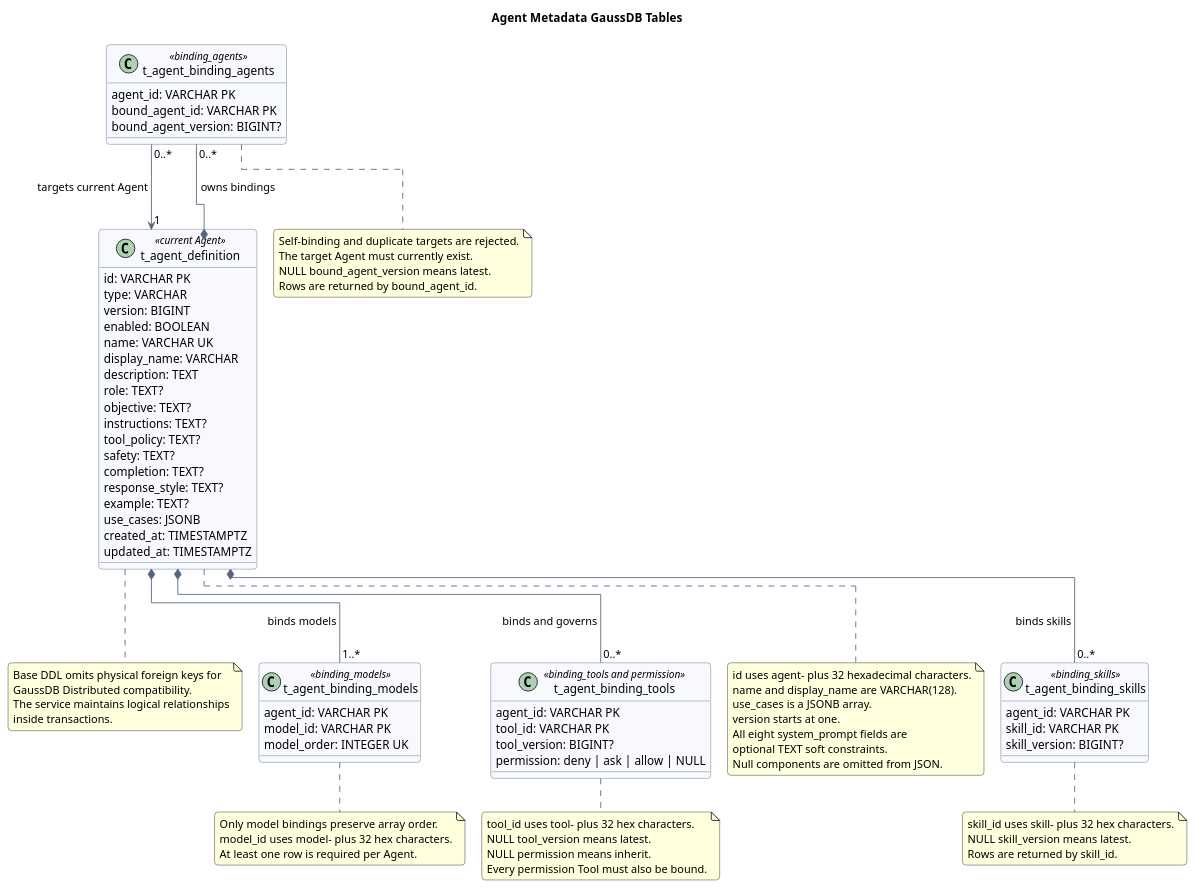
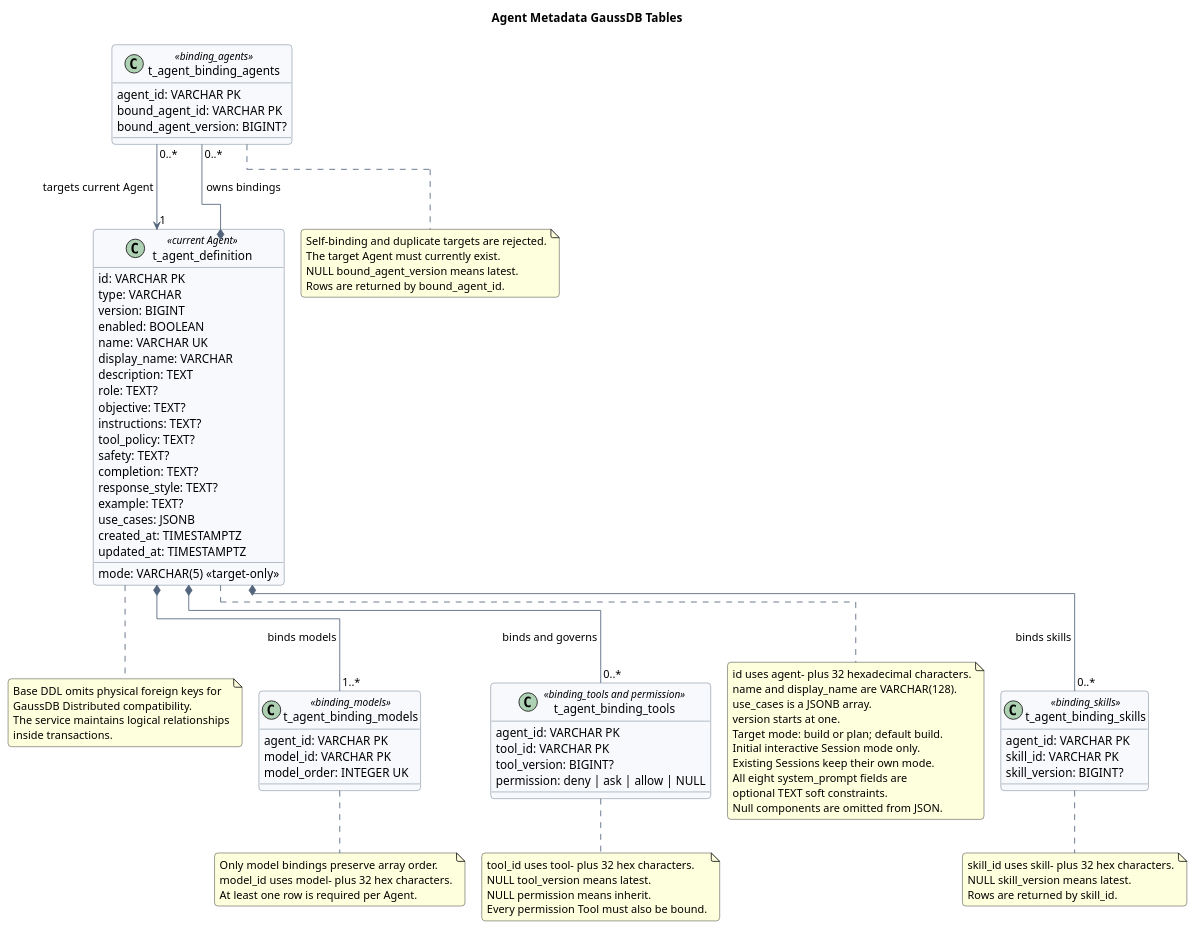
The first of 2 diagrams in 03-数据与存储/02-Agent元数据GaussDB/diagram.puml (ssm0808/pi-mono-java-design), drawn with PlantUML before and after one commit. The commit also changed other lines of this file and 33 other files, not shown here.

```diff
--- a/03-数据与存储/02-Agent元数据GaussDB/diagram.puml
+++ b/03-数据与存储/02-Agent元数据GaussDB/diagram.puml
@@ -6,168 +6,172 @@
 @startuml agent_metadata_gaussdb_model
 !pragma layout elk
 title Agent Metadata GaussDB Tables
 top to bottom direction
 
 skinparam backgroundColor #FFFFFF
 skinparam shadowing false
 skinparam roundcorner 8
 skinparam nodesep 45
 skinparam ranksep 50
 skinparam ArrowColor #53657D
 skinparam ClassBorderColor #53657D
 skinparam ClassBackgroundColor #F7F9FC
 skinparam classAttributeIconSize 0
 
 ' Source evidence:
 ' - AGENT metadata JSON lines 2-53 define root fields and four binding arrays.
 ' - binding_models is at line 11; binding_agents is at lines 37-42.
 ' - TOOL metadata JSON line 8 defines is_concurrency_safe.
 ' - mate-service baseline path and symbols:
 '   src/main/java/com/huawei/hicampus/mate/agentdefinition/service/impl/AgentDefinitionServiceImpl.java
 '   AgentDefinitionServiceImpl.listAgents, getAgent, and updateAgent.
 '   src/main/java/com/huawei/hicampus/mate/agentdefinition/exception/AgentErrorCode.java
 '   AgentErrorCode specific localized error codes.
 '   src/main/java/com/huawei/hicampus/mate/agentdefinition/controller/ApiExceptionHandler.java
 '   ApiExceptionHandler locale-aware error response mapping.
 '   src/main/java/com/huawei/hicampus/mate/agentdefinition/controller/AgentDefinitionController.java
 '   AgentDefinitionController three HTTP endpoint mappings.
 '   src/main/java/com/huawei/hicampus/mate/agentdefinition/vo/ApiSuccessResponseVO.java
 '   ApiSuccessResponseVO success envelope.
 '   src/main/java/com/huawei/hicampus/mate/agentdefinition/vo/AgentInfoResponseVO.java
 '   AgentInfoResponseVO root id response field.
 '   src/main/java/com/huawei/hicampus/mate/agentdefinition/validation/ResourceIdRules.java
 '   ResourceIdRules identifier patterns.
 '   src/main/java/com/huawei/hicampus/mate/agentdefinition/vo/UpdateAgentRequestVO.java
 '   UpdateAgentRequestVO standard Jakarta identifier constraints.
 '   src/main/java/com/huawei/hicampus/mate/agentdefinition/vo/SystemPromptResponseVO.java
 '   AgentDefinitionServiceImpl.toSystemPrompt.
 '   src/test/java/com/huawei/hicampus/mate/agentdefinition/vo/AgentInfoJsonTest.java
 '   AgentInfoJsonTest optional system prompt serialization.
 '   src/main/resources/application.yml
 '   Jackson non-null serialization configuration.
 ' - mate-service baseline DDL: src/main/resources/db/schema.sql.
 ' Observed behavior: Jakarta Pattern validates typed resource ID formats.
 ' Observed behavior: system_prompt columns are nullable TEXT fields.
 ' Observed behavior: Jackson omits null system_prompt component fields.
 ' Observed behavior: only model bindings have write Mapper operations.
 ' Observed behavior: error codes and localization keys use identical names.
 ' Observed behavior: the Controller exposes list, get, and update endpoints.
 ' Observed behavior: successful reads wrap Service results under result.
 ' Observed behavior: successful updates omit the null result field.
 ' Observed behavior: AgentInfo uses root id; nested Agent bindings use agentId.
 ' Observed behavior: each DROP TABLE statement immediately precedes its CREATE.
 ' Design reason: pair each table drop with its create statement to follow the
 ' required deployment-script convention without changing table structure.
 ' Product constraint: all eight system_prompt fields are optional soft guidance.
 ' Product constraint: only binding_models preserves input array order.
 ' Product constraint: Agent IDs use agent- plus a 32-character hexadecimal UUID.
 ' Product constraint: Model, Tool, and Skill IDs use typed prefixes plus UUIDs.
 ' Target-only rule: future Agent binding writes validate current targets but
 ' do not validate pinned history; Runtime reads require an exact current match.
 ' Observed behavior: getRuntimeAgent resolves Tool and Agent bindings by typed
 ' identifier and optional version, then returns flat Tools and Agents.
 ' Observed behavior: Runtime Tools expose ten fields including type and enabled and omit timestamps and schemas.
 ' Observed behavior: bound Runtime Agents expose nine execution fields and
 ' omit timestamps, permissions, and recursive bindings.
 ' Observed behavior: root Runtime Agents expose type but omit timestamps.
 ' Observed behavior: Runtime systemPrompt values are composed strings.
 ' GaussDB divergence: physical foreign keys are optional because GaussDB
 ' Distributed does not support them; the base DDL uses logical relationships.
 ' DDL convention: each DROP TABLE IF EXISTS immediately precedes CREATE TABLE.
 
 class t_agent_definition <<current Agent>> {
   id: VARCHAR PK
   type: VARCHAR
   version: BIGINT
   enabled: BOOLEAN
+  mode: VARCHAR(5) <<target-only>>
   name: VARCHAR UK
   display_name: VARCHAR
   description: TEXT
   role: TEXT?
   objective: TEXT?
   instructions: TEXT?
   tool_policy: TEXT?
   safety: TEXT?
   completion: TEXT?
   response_style: TEXT?
   example: TEXT?
   use_cases: JSONB
   created_at: TIMESTAMPTZ
   updated_at: TIMESTAMPTZ
 }
 
 class t_agent_binding_models <<binding_models>> {
   agent_id: VARCHAR PK
   model_id: VARCHAR PK
   model_order: INTEGER UK
 }
 
 class t_agent_binding_tools <<binding_tools and permission>> {
   agent_id: VARCHAR PK
   tool_id: VARCHAR PK
   tool_version: BIGINT?
   permission: deny | ask | allow | NULL
 }
 
 class t_agent_binding_skills <<binding_skills>> {
   agent_id: VARCHAR PK
   skill_id: VARCHAR PK
   skill_version: BIGINT?
 }
 
 class t_agent_binding_agents <<binding_agents>> {
   agent_id: VARCHAR PK
   bound_agent_id: VARCHAR PK
   bound_agent_version: BIGINT?
 }
 
 t_agent_definition *-- "1..*" t_agent_binding_models : binds models
 t_agent_definition *-- "0..*" t_agent_binding_tools : binds and governs
 t_agent_definition *-- "0..*" t_agent_binding_skills : binds skills
 t_agent_definition *-- "0..*" t_agent_binding_agents : owns bindings
 t_agent_binding_agents "0..*" --> "1" t_agent_definition : targets current Agent
 
 note right of t_agent_definition
 id uses agent- plus 32 hexadecimal characters.
 name and display_name are VARCHAR(128).
 use_cases is a JSONB array.
 version starts at one.
+Target mode: build or plan; default build.
+Initial interactive Session mode only.
+Existing Sessions keep their own mode.
 All eight system_prompt fields are
 optional TEXT soft constraints.
 Null components are omitted from JSON.
 end note
 
 note right of t_agent_binding_models
 Only model bindings preserve array order.
 model_id uses model- plus 32 hex characters.
 At least one row is required per Agent.
 end note
 
 note bottom of t_agent_binding_tools
 tool_id uses tool- plus 32 hex characters.
 NULL tool_version means latest.
 NULL permission means inherit.
 Every permission Tool must also be bound.
 end note
 
 note bottom of t_agent_binding_skills
 skill_id uses skill- plus 32 hex characters.
 NULL skill_version means latest.
 Rows are returned by skill_id.
 end note
 
 note bottom of t_agent_binding_agents
 Self-binding and duplicate targets are rejected.
 The target Agent must currently exist.
 NULL bound_agent_version means latest.
 Rows are returned by bound_agent_id.
 end note
 
 note bottom of t_agent_definition
 Base DDL omits physical foreign keys for
 GaussDB Distributed compatibility.
 The service maintains logical relationships
 inside transactions.
 end note
 
 @enduml
```
